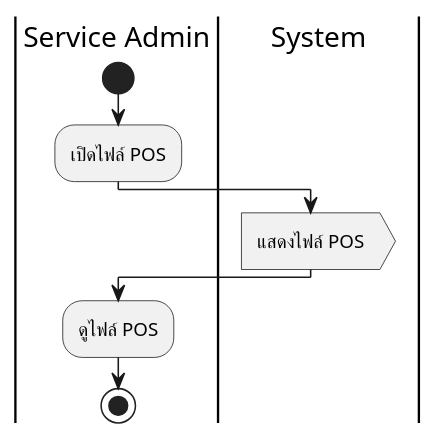
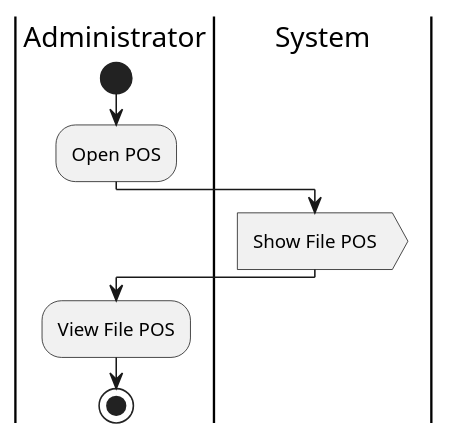
Before and after one commit to Meenkonlapat/RPA-Project: the diagram in User Activity/Process 2 Booking Order/u3-view POS.wsd, drawn with PlantUML. The commit also changed 19 other files, not shown here.

```diff
--- a/User Activity/Process 2 Booking Order/u3-view POS.wsd
+++ b/User Activity/Process 2 Booking Order/u3-view POS.wsd
@@ -1,10 +1,10 @@
 @startuml
-|Service Admin|
+|Administrator|
 start
-:เปิดไฟล์ POS;
+:Open POS;
 |System|
-:แสดงไฟล์ POS>
-|Service Admin|
-:ดูไฟล์ POS;
+:Show File POS>
+|Administrator|
+:View File POS;
 stop
 @enduml
```
